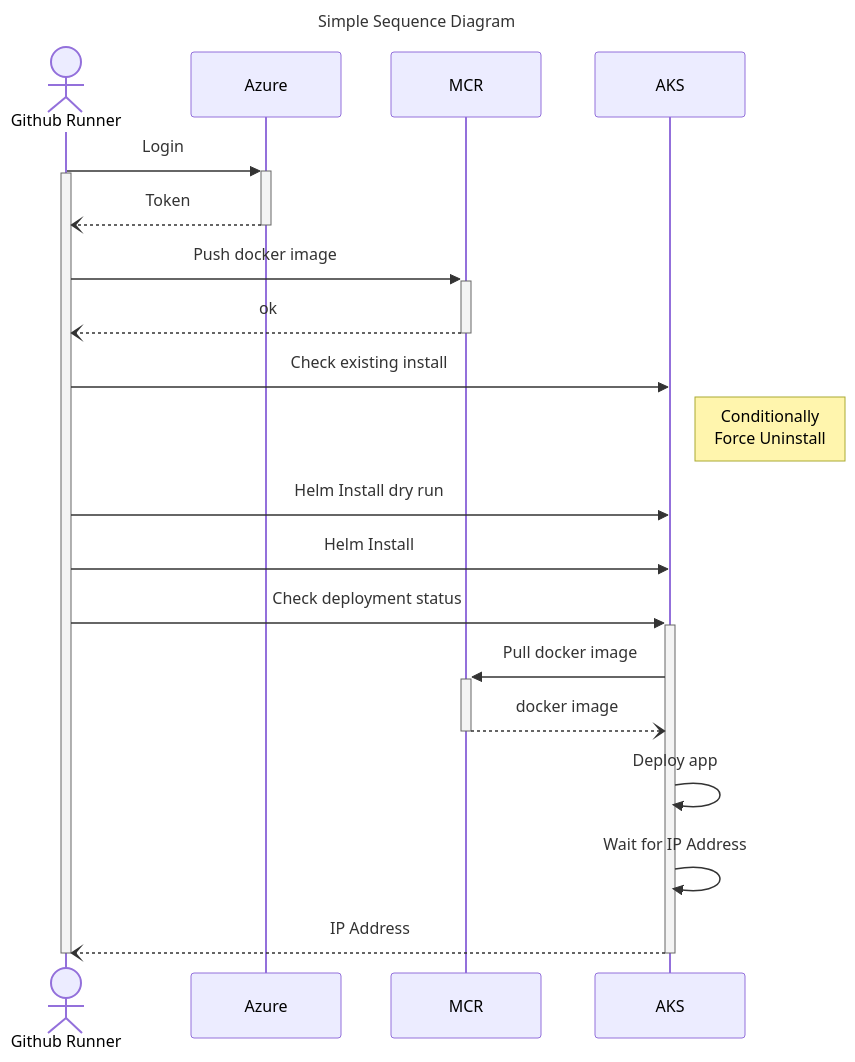
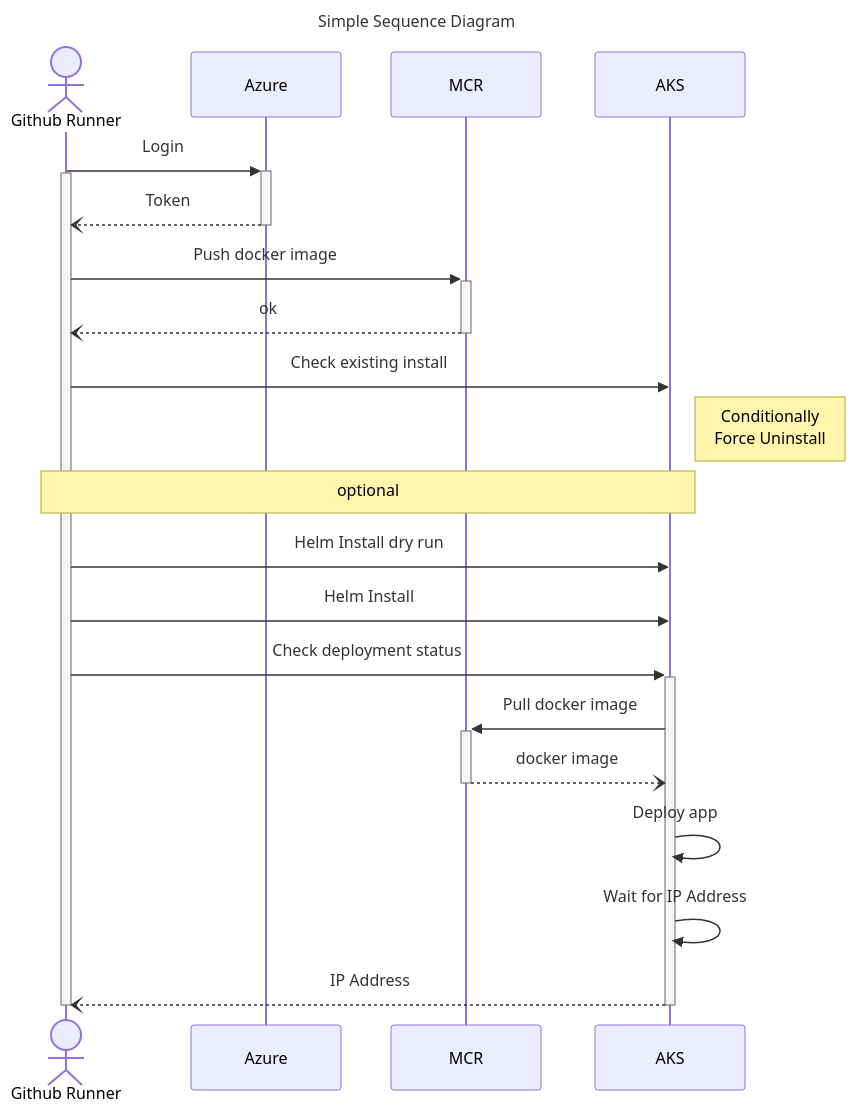
One commit to cuongnb14/mermaid-builder changed the diagram in outputs/sequence_diagram.mmd. Above: the diagram before and after it, drawn with Mermaid. The commit also changed 2 other files, not shown here.

```diff
--- a/outputs/sequence_diagram.mmd
+++ b/outputs/sequence_diagram.mmd
@@ -1,25 +1,26 @@
 ---
 title: Simple Sequence Diagram
 ---
 %%{init: {"theme": "light", "themeVariables": {"fontFamily": "Monospace"}}}%%
 sequenceDiagram
   actor Github Runner
   participant Azure
   participant MCR
   participant AKS
   Github Runner->>+Azure:Login
   activate Github Runner
   Azure--)-Github Runner:Token
   Github Runner->>+MCR:Push docker image
   MCR--)-Github Runner:ok
   Github Runner->>AKS:Check existing install
   Note right of AKS: Conditionally<br/>Force Uninstall
+  Note over Github Runner, AKS: optional
   Github Runner->>AKS:Helm Install dry run
   Github Runner->>AKS:Helm Install
   Github Runner->>+AKS:Check deployment status
   AKS->>+MCR:Pull docker image
   MCR--)-AKS:docker image
   AKS->>AKS:Deploy app
   AKS->>AKS:Wait for IP Address
   AKS--)-Github Runner:IP Address
   deactivate Github Runner
```
